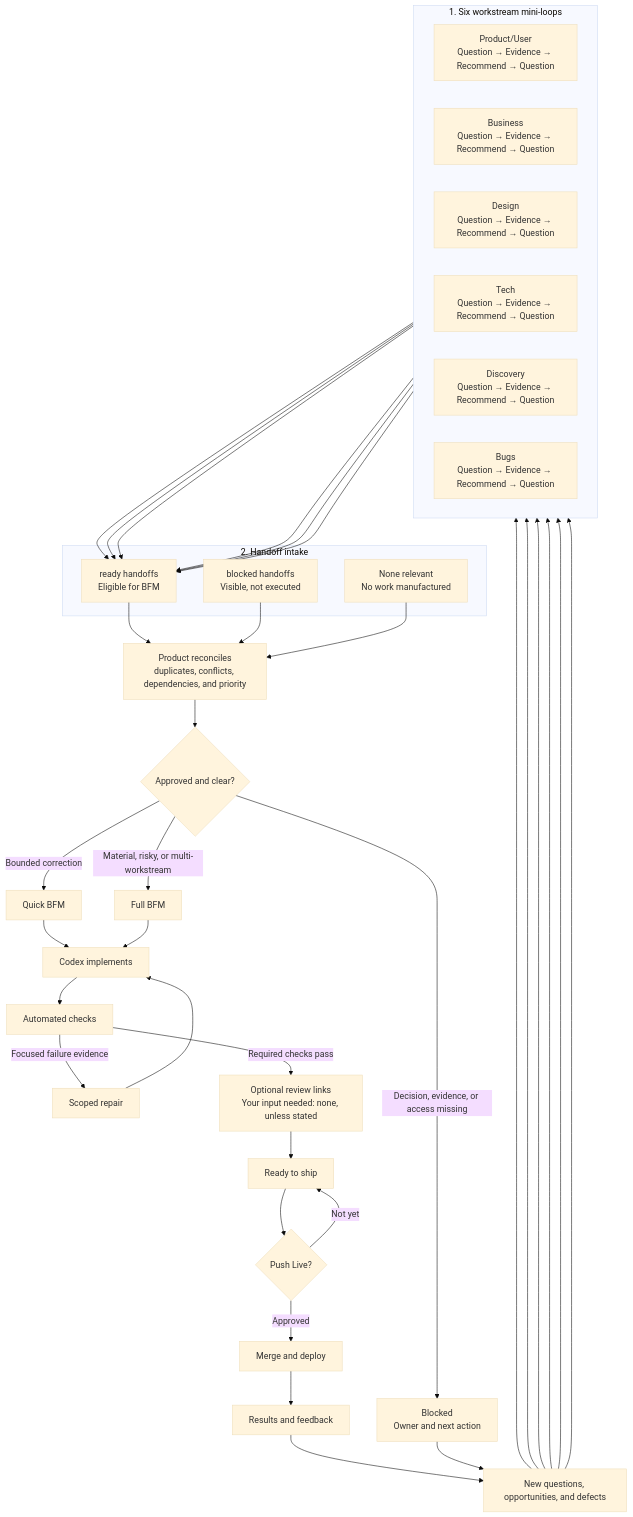
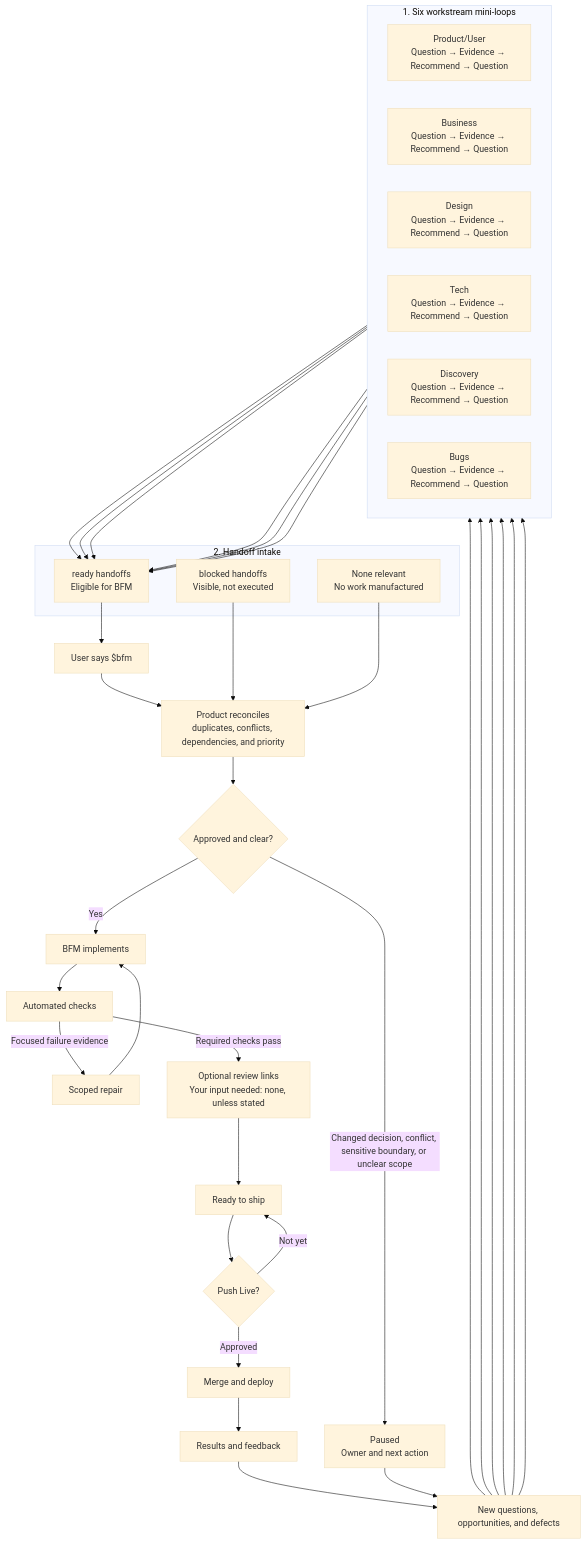
Before and after one commit to friedbeef1/fb-lane-coordination: the diagram in plugins/fb-lane-coordination/docs/fb/full-loop.md, drawn with Mermaid (base theme). The commit also changed other lines of this file and 30 other files, not shown here.

````diff
--- a/plugins/fb-lane-coordination/docs/fb/full-loop.md
+++ b/plugins/fb-lane-coordination/docs/fb/full-loop.md
@@ -11,54 +11,51 @@
 ```mermaid
 flowchart TB
     subgraph W["1. Six workstream mini-loops"]
         direction LR
         PU["Product/User<br/>Question → Evidence → Recommend → Question"]
         BU["Business<br/>Question → Evidence → Recommend → Question"]
         DE["Design<br/>Question → Evidence → Recommend → Question"]
         TE["Tech<br/>Question → Evidence → Recommend → Question"]
         DI["Discovery<br/>Question → Evidence → Recommend → Question"]
         BG["Bugs<br/>Question → Evidence → Recommend → Question"]
     end
 
     PU --> RH
     BU --> RH
     DE --> RH
     TE --> RH
     DI --> RH
     BG --> RH
 
     subgraph I["2. Handoff intake"]
         RH["ready handoffs<br/>Eligible for BFM"]
         BH["blocked handoffs<br/>Visible, not executed"]
         NR["None relevant<br/>No work manufactured"]
     end
 
-    RH --> PR
+    RH --> BFM["User says $bfm"]
+    BFM --> PR
     BH --> PR
     NR --> PR
     PR["Product reconciles<br/>duplicates, conflicts, dependencies, and priority"]
     PR --> A{"Approved and clear?"}
-    A -->|"Bounded correction"| Q["Quick BFM"]
-    A -->|"Material, risky, or multi-workstream"| F["Full BFM"]
-    A -->|"Decision, evidence, or access missing"| X["Blocked<br/>Owner and next action"]
-
-    Q --> C["Codex implements"]
-    F --> C
+    A -->|"Yes"| C["BFM implements"]
+    A -->|"Changed decision, conflict, sensitive boundary, or unclear scope"| X["Paused<br/>Owner and next action"]
     C --> V["Automated checks"]
     V -->|"Focused failure evidence"| R["Scoped repair"]
     R --> C
     V -->|"Required checks pass"| O["Optional review links<br/>Your input needed: none, unless stated"]
     O --> S["Ready to ship"]
     S --> L{"Push Live?"}
     L -->|"Not yet"| S
     L -->|"Approved"| D["Merge and deploy"]
     D --> Z["Results and feedback"]
     Z --> N["New questions, opportunities, and defects"]
     N --> PU
     N --> BU
     N --> DE
     N --> TE
     N --> DI
     N --> BG
     X --> N
 ```
````
